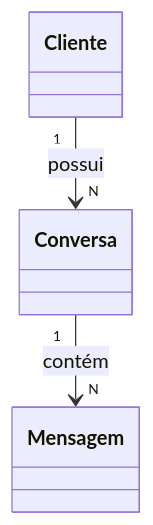
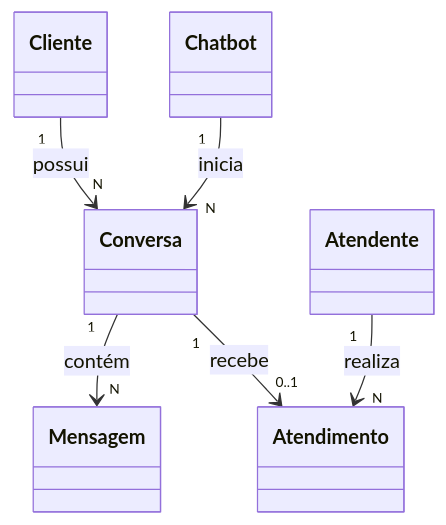
Before and after one commit to GabrielNFR/Chatbot: the first of 2 diagrams in README.md, drawn with Mermaid. The commit also changed other lines of this file and 7 other files, not shown here.

Commit message:
Adição dos modelos,classes,entidades e testes de Atendente, Chatbot e Ticket/Atendimento

````diff
--- a/README.md
+++ b/README.md
@@ -138,5 +164,8 @@
 ```mermaid
 classDiagram
     Cliente "1" --> "N" Conversa : possui
     Conversa "1" --> "N" Mensagem : contém
+    Chatbot "1" --> "N" Conversa : inicia
+    Conversa "1" --> "0..1" Atendimento : recebe
+    Atendente "1" --> "N" Atendimento : realiza
 ```
````
